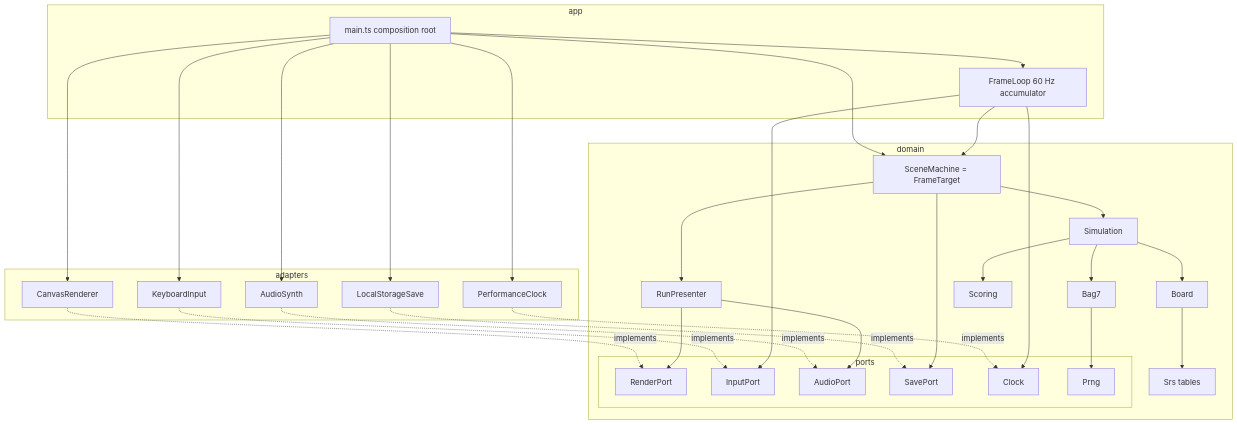
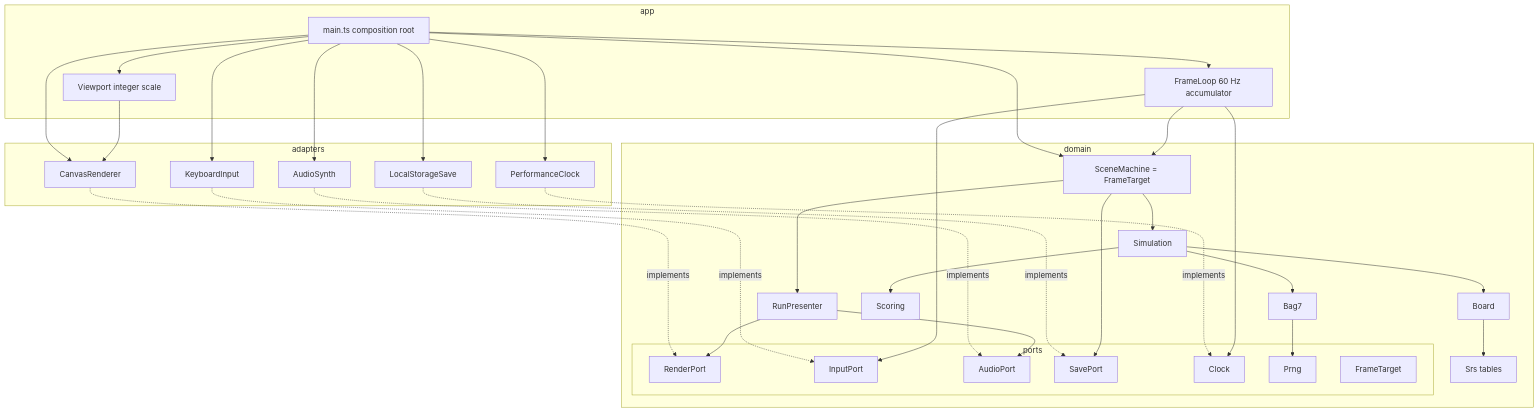
One commit to benoit-bremaud/retro-blocks changed the diagram in docs/architecture/diagrams/system/01-component.md. Above: the diagram before and after it, drawn with Mermaid. The commit also changed other lines of this file and 58 other files, not shown here.

````diff
--- a/docs/architecture/diagrams/system/01-component.md
+++ b/docs/architecture/diagrams/system/01-component.md
@@ -8,56 +8,60 @@
 ```mermaid
 flowchart TB
   subgraph adapters
     Canvas[CanvasRenderer]
     Keyboard[KeyboardInput]
     Store[LocalStorageSave]
     Synth[AudioSynth]
     PClock[PerformanceClock]
   end
   subgraph app
     Main[main.ts composition root]
     Loop[FrameLoop 60 Hz accumulator]
+    Layout[Viewport integer scale]
   end
   subgraph domain
     subgraph ports
       RenderPort
       InputPort
       AudioPort
       SavePort
       Clock
       Prng
+      FrameTarget
     end
     Scenes[SceneMachine = FrameTarget]
     Presenter[RunPresenter]
     Sim[Simulation]
     Board
     Srs[Srs tables]
     Bag[Bag7]
     Score[Scoring]
   end
   Canvas -.implements.-> RenderPort
   Keyboard -.implements.-> InputPort
   Synth -.implements.-> AudioPort
   Store -.implements.-> SavePort
   PClock -.implements.-> Clock
   Main --> Loop
   Main --> Canvas
   Main --> Keyboard
   Main --> Synth
   Main --> Store
   Main --> PClock
   Main --> Scenes
+  Main --> Layout
+  Layout --> Canvas
   Loop --> Clock
   Loop --> InputPort
   Loop --> Scenes
   Scenes --> Sim
   Scenes --> Presenter
   Scenes --> SavePort
   Presenter --> RenderPort
   Presenter --> AudioPort
   Sim --> Board
   Sim --> Bag
   Sim --> Score
   Board --> Srs
   Bag --> Prng
 ```
````
